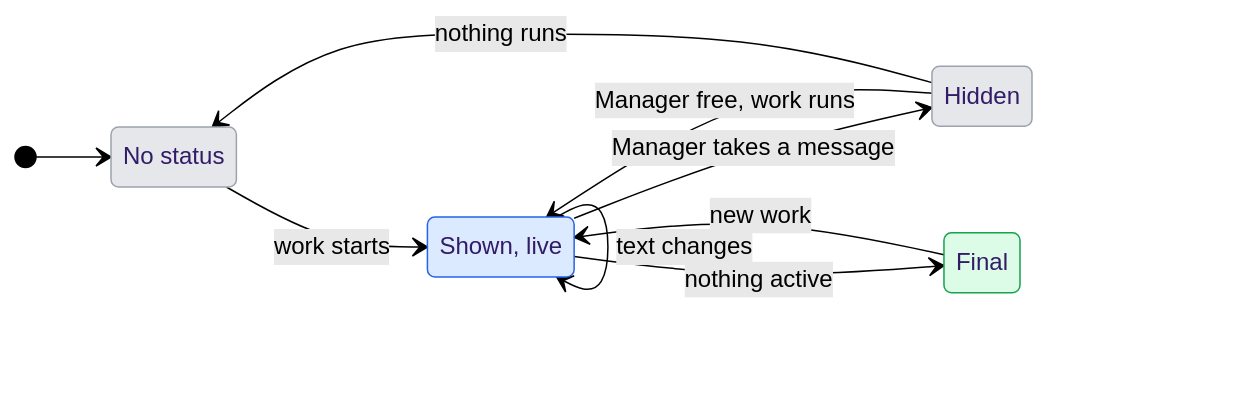
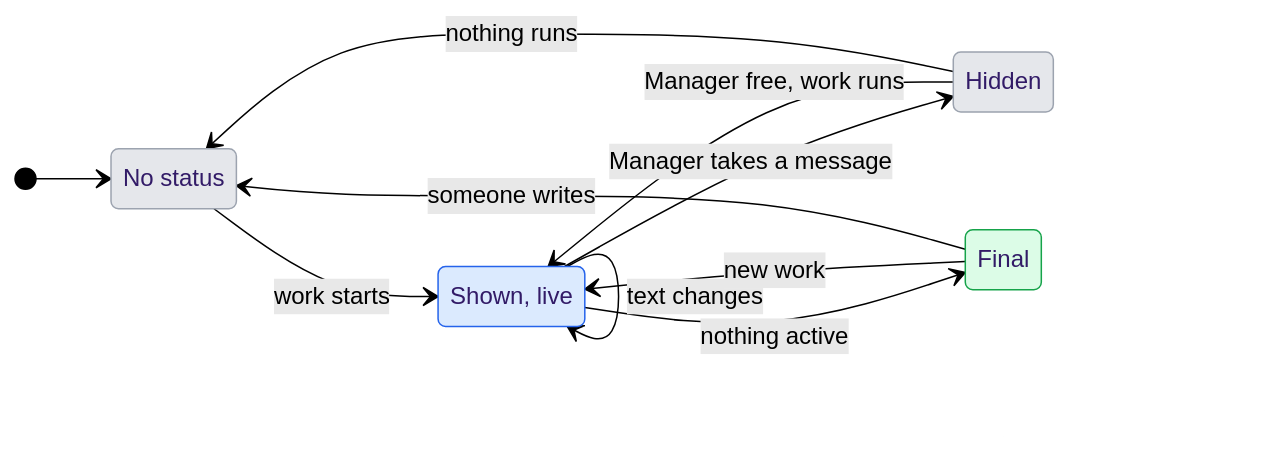
Before and after one commit to anetrebskii/geckit: the diagram in docs/ux/channel-status.md, drawn with Mermaid (forest theme). The commit also changed other lines of this file and 5 other files, not shown here.

Commit message:
fix(manager): drop the clock line and delete the final status once anyone writes

````diff
--- a/docs/ux/channel-status.md
+++ b/docs/ux/channel-status.md
@@ -92,23 +91,24 @@
 ```mermaid
 stateDiagram-v2
   direction LR
   state "No status" as none
   state "Shown, live" as live
   state "Hidden" as hidden
   state "Final" as final
   [*] --> none
   none --> live: work starts
   live --> live: text changes
   live --> hidden: Manager takes a message
   hidden --> live: Manager free, work runs
   hidden --> none: nothing runs
   live --> final: nothing active
   final --> live: new work
+  final --> none: someone writes
   classDef quiet fill:#e5e7eb,stroke:#9ca3af
   classDef going fill:#dbeafe,stroke:#2563eb
   classDef done fill:#dcfce7,stroke:#16a34a
   class none quiet
   class hidden quiet
   class live going
   class final done
 ```
````
